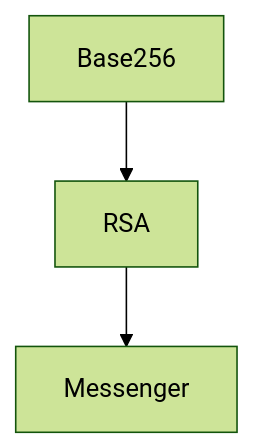
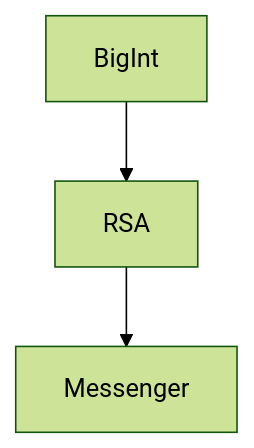
The diagram in profile/README.md (ParallelEngineering/.github), drawn with Mermaid (forest theme) before and after one commit. The commit also changed other lines of this file, not shown here.

Commit message:
Correct project description from Base-256 to BigInt
Updated project description to replace 'Base-256' with 'BigInt'.

````diff
--- a/profile/README.md
+++ b/profile/README.md
@@ -10,13 +10,13 @@
 ```mermaid
 flowchart TD
-    Base256["Base256"]
+    BigInt["BigInt"]
     RSA["RSA"]
     Messenger["Messenger"]
 
-    Base256 --> RSA
+    BigInt --> RSA
     RSA --> Messenger
 
-    click Base256 "https://github.com/ParallelEngineering/Base256"
+    click BigInt "https://github.com/ParallelEngineering/BigInt"
     click RSA "https://github.com/ParallelEngineering/RSA"
     click Messenger "https://github.com/ParallelEngineering/Messenger"
 ```
````
